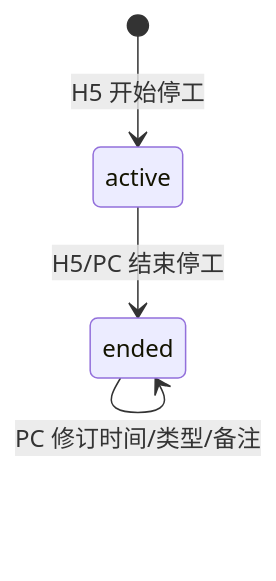
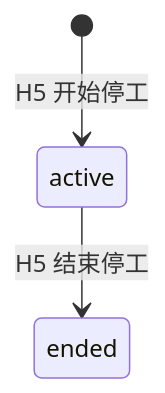
The seventh of 7 diagrams in docs/versions/v1.1.0/prd.md (liaoliao66/TOS), drawn with Mermaid before and after one commit. The commit also changed other lines of this file and 11 other files, not shown here.

````diff
--- a/docs/versions/v1.1.0/prd.md
+++ b/docs/versions/v1.1.0/prd.md
@@ -637,6 +689,5 @@
 ```mermaid
 stateDiagram-v2
   [*] --> active: H5 开始停工
-  active --> ended: H5/PC 结束停工
-  ended --> ended: PC 修订时间/类型/备注
+  active --> ended: H5 结束停工
 ```
````
